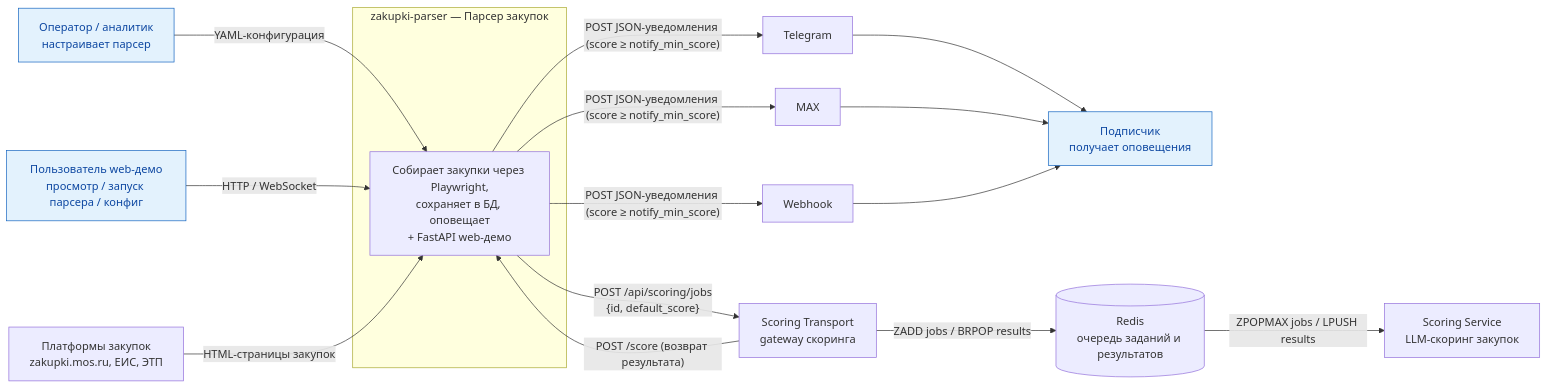
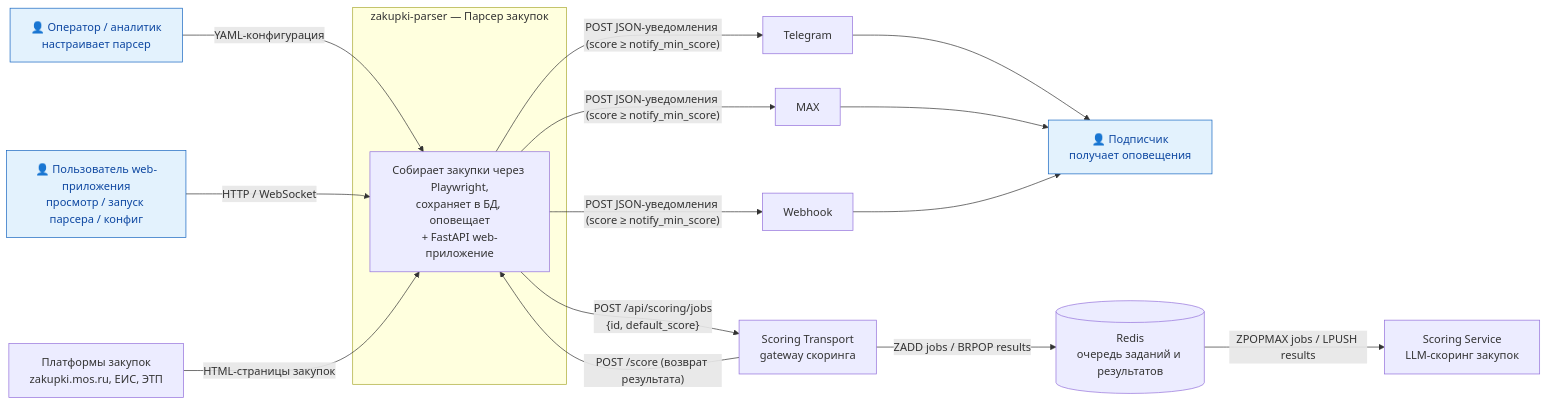
The diagram in docs/c4/context.md (igorvolk1961/zakupki_parser), drawn with Mermaid before and after one commit. The commit also changed other lines of this file and 1 other file, not shown here.

Commit message:
docs(c4): убрать 'демо', пометить акторов символом 👤
'web-демо' → 'web-приложение'; акторы (оператор, подписчики, пользователь)
помечены эмодзи 👤 (Mermaid flowchart не рисует стикменов).

````diff
--- a/docs/c4/context.md
+++ b/docs/c4/context.md
@@ -5,36 +5,36 @@
 ```mermaid
 flowchart LR
     classDef actor fill:#e3f2fd,stroke:#1565c0,color:#0d47a1
 
-    U["Оператор / аналитик<br/>настраивает парсер"]
-    S["Подписчик<br/>получает оповещения"]
-    W["Пользователь web-демо<br/>просмотр / запуск парсера / конфиг"]
+    U["👤 Оператор / аналитик<br/>настраивает парсер"]
+    S["👤 Подписчик<br/>получает оповещения"]
+    W["👤 Пользователь web-приложения<br/>просмотр / запуск парсера / конфиг"]
 
     subgraph System["zakupki-parser — Парсер закупок"]
-        P["Собирает закупки через Playwright,<br/>сохраняет в БД, оповещает<br/>+ FastAPI web-демо"]
+        P["Собирает закупки через Playwright,<br/>сохраняет в БД, оповещает<br/>+ FastAPI web-приложение"]
     end
 
     Z["Платформы закупок<br/>zakupki.mos.ru, ЕИС, ЭТП"]
     TR["Scoring Transport<br/>gateway скоринга"]
     RS[("Redis<br/>очередь заданий и результатов")]
     SG["Scoring Service<br/>LLM-скоринг закупок"]
     TG["Telegram"]
     MX["MAX"]
     WH["Webhook"]
 
     U -->|"YAML-конфигурация"| P
     W -->|"HTTP / WebSocket"| P
     Z -->|"HTML-страницы закупок"| P
     P -->|"POST /api/scoring/jobs<br/>{id, default_score}"| TR
     TR -->|"ZADD jobs / BRPOP results"| RS
     RS -->|"ZPOPMAX jobs / LPUSH results"| SG
     TR -->|"POST /score (возврат результата)"| P
     P -->|"POST JSON-уведомления (score ≥ notify_min_score)"| TG
     P -->|"POST JSON-уведомления (score ≥ notify_min_score)"| MX
     P -->|"POST JSON-уведомления (score ≥ notify_min_score)"| WH
     TG --> S
     MX --> S
     WH --> S
 
     class U,S,W actor
 ```
````
